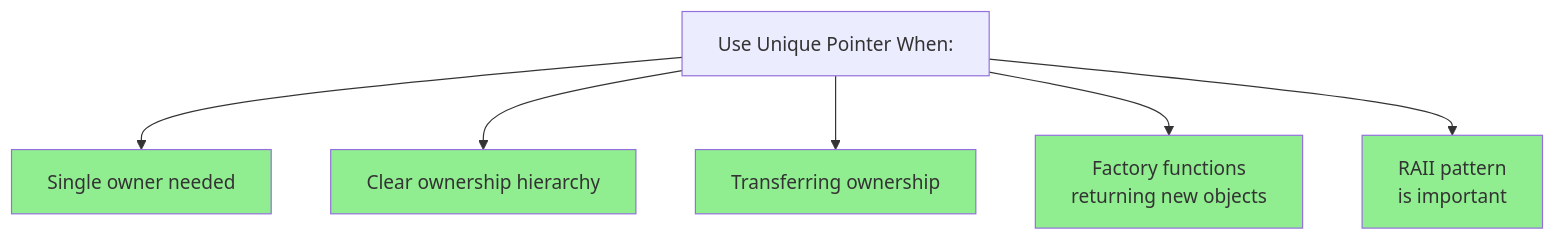
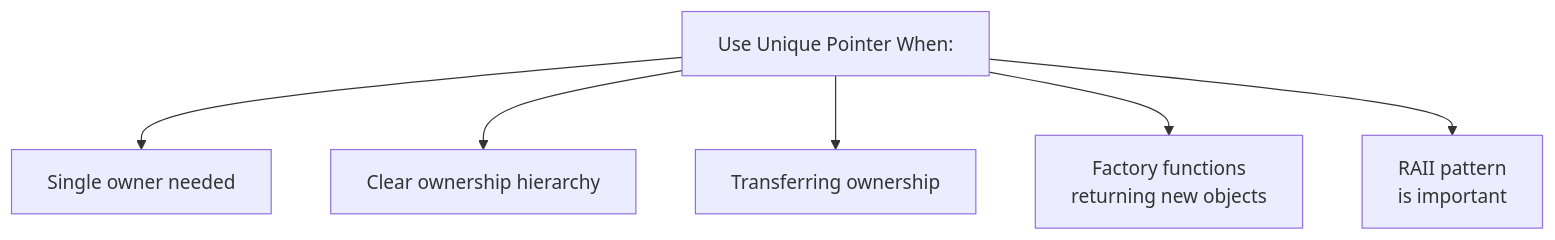
The seventh of 9 diagrams in Unique pointers.md (sushmitassathe25/Cpp-Pointers), drawn with Mermaid before and after one commit. The commit also changed other lines of this file, not shown here.

````diff
--- a/Unique pointers.md
+++ b/Unique pointers.md
@@ -201,14 +177,9 @@
 ```mermaid
 graph TD
     A["Use Unique Pointer When:"] --> B["Single owner needed"]
     A --> C["Clear ownership hierarchy"]
     A --> D["Transferring ownership"]
     A --> E["Factory functions<br/>returning new objects"]
     A --> F["RAII pattern<br/>is important"]
     
-    style B fill:#90EE90
-    style C fill:#90EE90
-    style D fill:#90EE90
-    style E fill:#90EE90
-    style F fill:#90EE90
 ```
````
